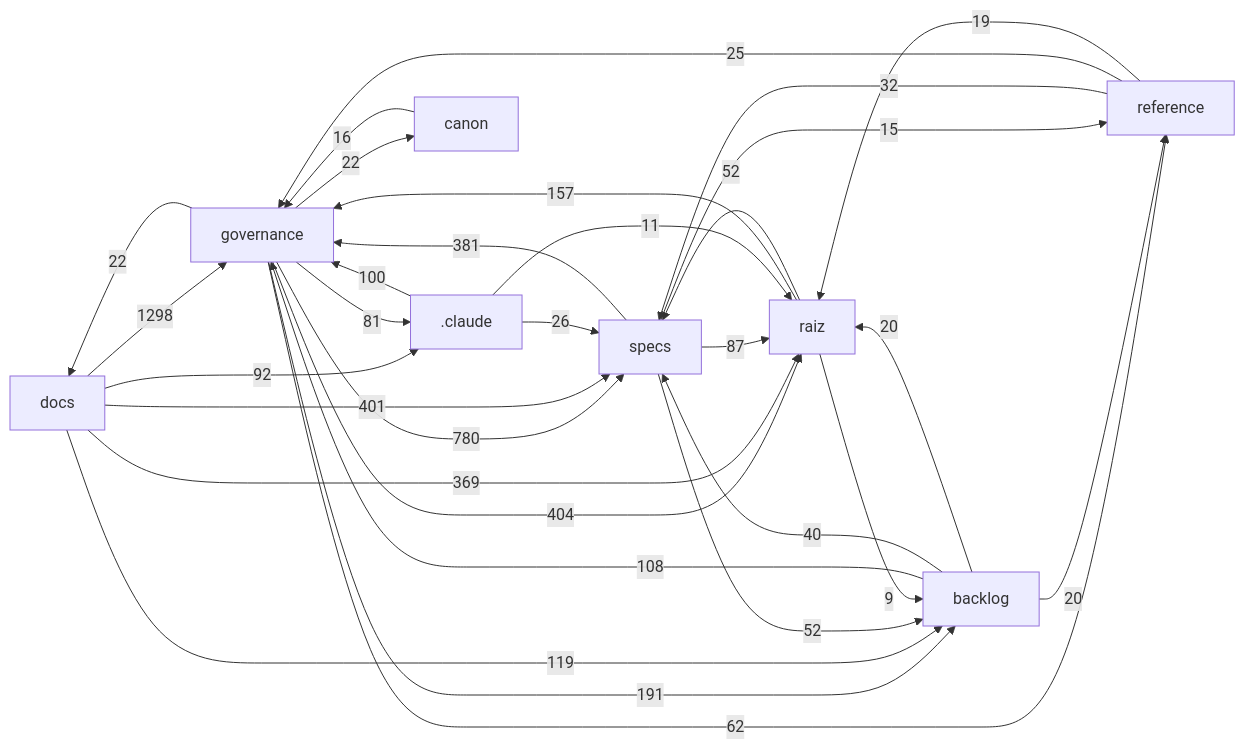
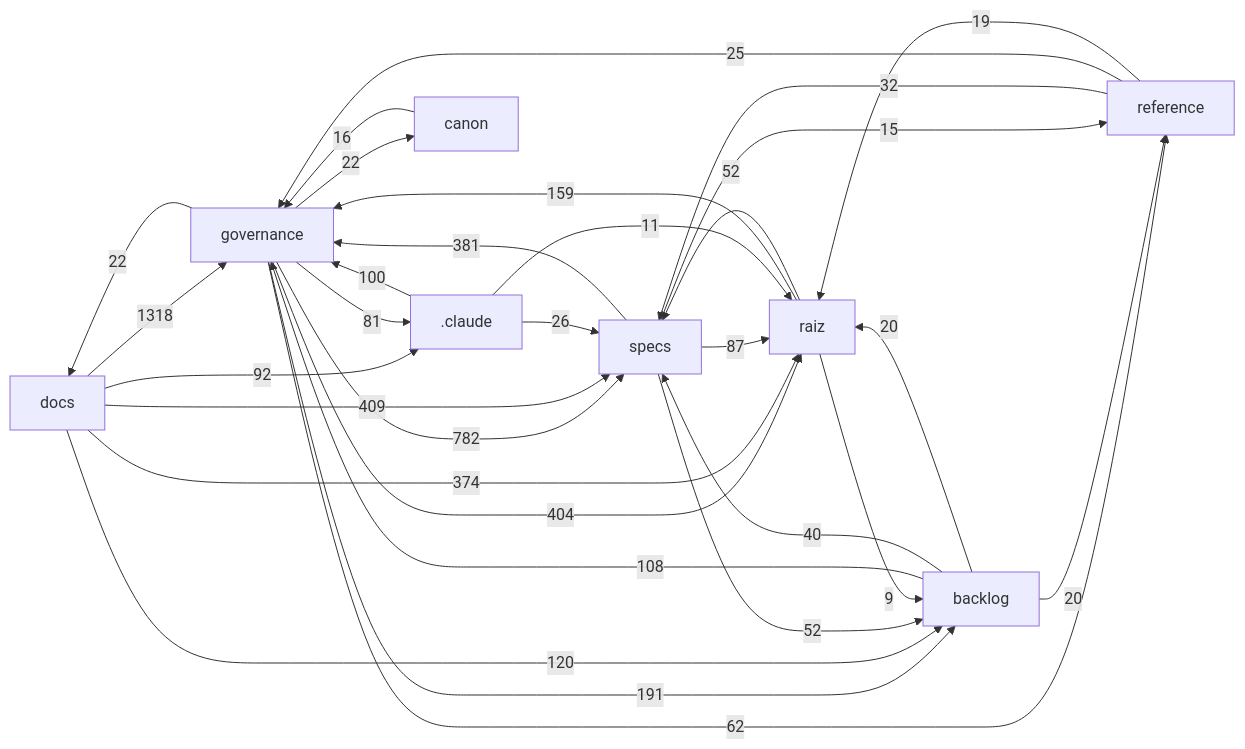
One commit to Andraus35/Sistema-Operacional-de-Trading--SOT changed the diagram in docs/mapa/MAPA-PROJETO.md. Above: the diagram before and after it, drawn with Mermaid. The commit also changed other lines of this file and 5 other files, not shown here.

````diff
--- a/docs/mapa/MAPA-PROJETO.md
+++ b/docs/mapa/MAPA-PROJETO.md
@@ -29,33 +29,33 @@
 ```mermaid
 flowchart LR
-  docs["docs"] -->|1298| governance["governance"]
-  governance["governance"] -->|780| specs["specs"]
+  docs["docs"] -->|1318| governance["governance"]
+  governance["governance"] -->|782| specs["specs"]
+  docs["docs"] -->|409| specs["specs"]
   governance["governance"] -->|404| raiz["raiz"]
-  docs["docs"] -->|401| specs["specs"]
   specs["specs"] -->|381| governance["governance"]
-  docs["docs"] -->|369| raiz["raiz"]
+  docs["docs"] -->|374| raiz["raiz"]
   governance["governance"] -->|191| backlog["backlog"]
-  raiz["raiz"] -->|157| governance["governance"]
-  docs["docs"] -->|119| backlog["backlog"]
+  raiz["raiz"] -->|159| governance["governance"]
+  docs["docs"] -->|120| backlog["backlog"]
   backlog["backlog"] -->|108| governance["governance"]
   _claude[".claude"] -->|100| governance["governance"]
   docs["docs"] -->|92| _claude[".claude"]
   specs["specs"] -->|87| raiz["raiz"]
   governance["governance"] -->|81| _claude[".claude"]
   governance["governance"] -->|62| reference["reference"]
   raiz["raiz"] -->|52| specs["specs"]
   specs["specs"] -->|52| backlog["backlog"]
   backlog["backlog"] -->|40| specs["specs"]
   reference["reference"] -->|32| specs["specs"]
   _claude[".claude"] -->|26| specs["specs"]
   reference["reference"] -->|25| governance["governance"]
   governance["governance"] -->|22| docs["docs"]
   governance["governance"] -->|22| canon["canon"]
   backlog["backlog"] -->|20| raiz["raiz"]
   backlog["backlog"] -->|20| reference["reference"]
   reference["reference"] -->|19| raiz["raiz"]
   canon["canon"] -->|16| governance["governance"]
   specs["specs"] -->|15| reference["reference"]
   _claude[".claude"] -->|11| raiz["raiz"]
   raiz["raiz"] -->|9| backlog["backlog"]
 ```
````
